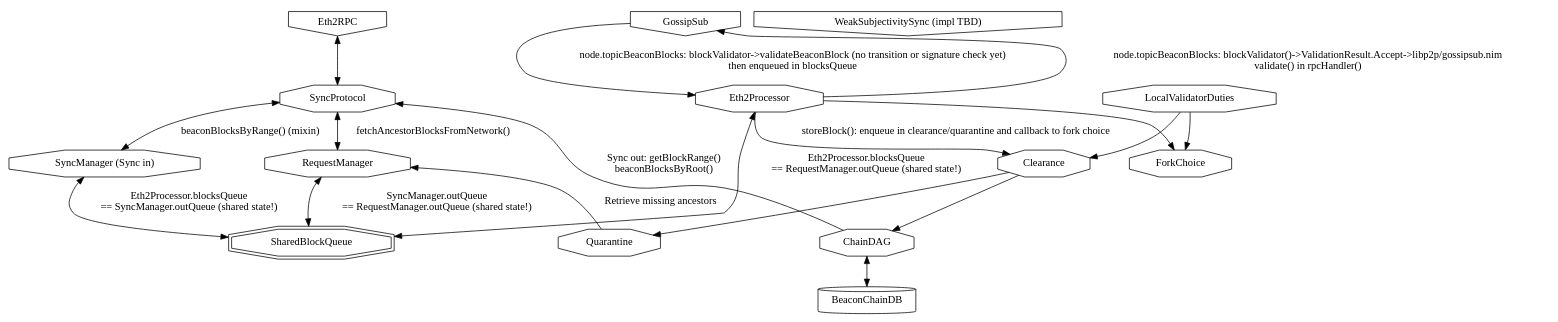
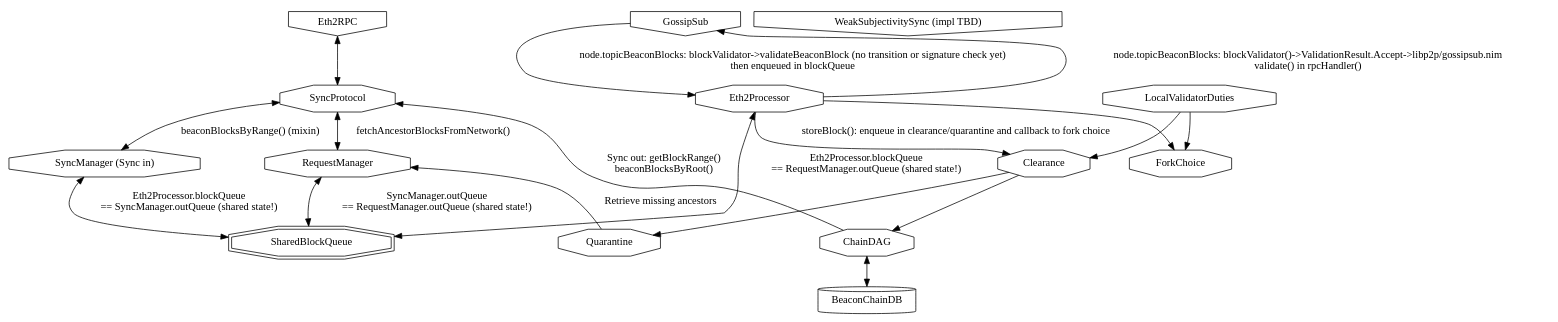
One commit to status-im/nimbus-eth2 changed the diagram in docs/block_flow.dot. Above: the diagram before and after it, drawn with Graphviz. The commit also changed 3 other files, not shown here.

```diff
--- a/docs/block_flow.dot
+++ b/docs/block_flow.dot
@@ -1,40 +1,40 @@
 digraph architecture{
   node [shape = invhouse]; Eth2RPC GossipSub WeakSubjectivitySync;
   node [shape = octagon]; SyncManager SyncProtocol RequestManager;
   SyncManager [label="SyncManager (Sync in)"];
   node [shape = doubleoctagon] SharedBlockQueue;
   {rank = same; SyncManager RequestManager;}
   {rank = same; Eth2RPC GossipSub WeakSubjectivitySync;}
 
   WeakSubjectivitySync [label="WeakSubjectivitySync (impl TBD)"];
 
   node [shape = octagon]; Eth2Processor RequestManager;
   node [shape = octagon]; ChainDAG Quarantine Clearance;
 
   Eth2RPC -> SyncProtocol [dir=both]
   SyncProtocol -> SyncManager [dir=both, label="beaconBlocksByRange() (mixin)"]
 
-  GossipSub -> Eth2Processor [label="node.topicBeaconBlocks: blockValidator->validateBeaconBlock (no transition or signature check yet)\nthen enqueued in blocksQueue"];
+  GossipSub -> Eth2Processor [label="node.topicBeaconBlocks: blockValidator->validateBeaconBlock (no transition or signature check yet)\nthen enqueued in blockQueue"];
   GossipSub -> Eth2Processor [dir=back, label="node.topicBeaconBlocks: blockValidator()->ValidationResult.Accept->libp2p/gossipsub.nim\nvalidate() in rpcHandler()"];
 
   Eth2Processor -> Clearance [label="storeBlock(): enqueue in clearance/quarantine and callback to fork choice"];
   SyncProtocol -> RequestManager [dir=both, label="fetchAncestorBlocksFromNetwork()"];
 
-  SyncManager -> SharedBlockQueue [dir=both, label="Eth2Processor.blocksQueue\n== SyncManager.outQueue (shared state!)"];
-  Eth2Processor -> SharedBlockQueue [dir=both, label="Eth2Processor.blocksQueue\n== RequestManager.outQueue (shared state!)"];
+  SyncManager -> SharedBlockQueue [dir=both, label="Eth2Processor.blockQueue\n== SyncManager.outQueue (shared state!)"];
+  Eth2Processor -> SharedBlockQueue [dir=both, label="Eth2Processor.blockQueue\n== RequestManager.outQueue (shared state!)"];
   SharedBlockQueue -> RequestManager [dir=both, label="SyncManager.outQueue\n== RequestManager.outQueue (shared state!)"];
 
   LocalValidatorDuties -> Clearance
 
   RequestManager -> Quarantine [dir=back, label="Retrieve missing ancestors"]
   Clearance -> Quarantine
   Clearance -> ChainDAG
 
   Eth2Processor -> ForkChoice
   LocalValidatorDuties -> ForkChoice
 
   node [shape = cylinder]; BeaconChainDB;
   ChainDAG -> BeaconChainDB [dir=both]
 
   SyncProtocol -> ChainDAG [dir=back, label="Sync out: getBlockRange()\nbeaconBlocksByRoot()\n"]
 }
```
